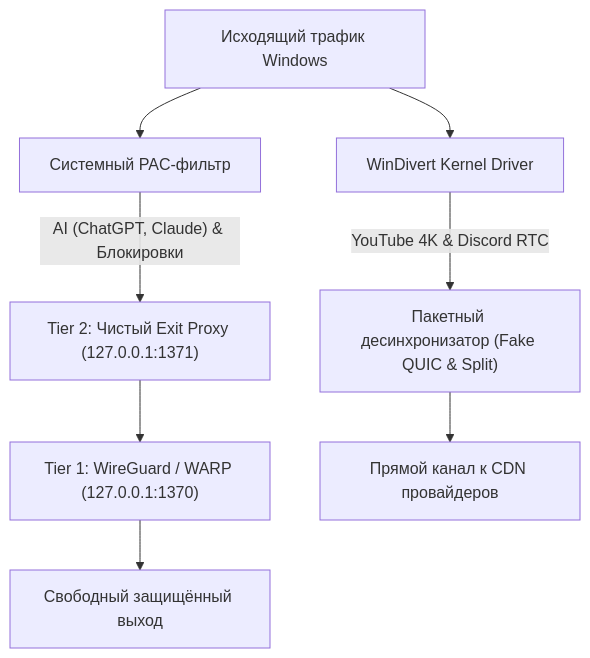
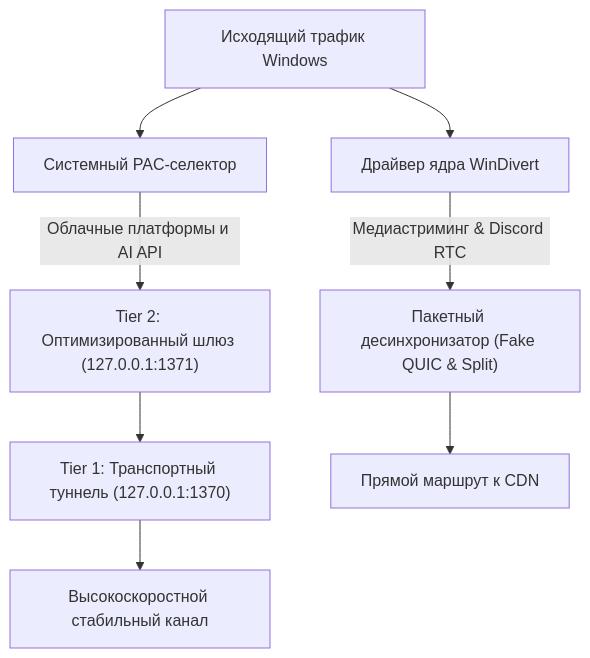
One commit to 0xunbound/SpectraGlide changed the diagram in README.md. Above: the diagram before and after it, drawn with Mermaid. The commit also changed other lines of this file, not shown here.

````diff
--- a/README.md
+++ b/README.md
@@ -73,12 +64,12 @@
 ```mermaid
 flowchart TD
-    Traffic["Исходящий трафик Windows"] --> PAC["Системный PAC-фильтр"]
-    Traffic --> Kernel["WinDivert Kernel Driver"]
+    Traffic["Исходящий трафик Windows"] --> PAC["Системный PAC-селектор"]
+    Traffic --> Kernel["Драйвер ядра WinDivert"]
 
-    PAC -- "AI (ChatGPT, Claude) & Блокировки" --> Tier2["Tier 2: Чистый Exit Proxy (127.0.0.1:1371)"]
-    Tier2 --> Tier1["Tier 1: WireGuard / WARP (127.0.0.1:1370)"]
-    Tier1 --> Internet["Свободный защищённый выход"]
+    PAC -- "Облачные платформы и AI API" --> Tier2["Tier 2: Оптимизированный шлюз (127.0.0.1:1371)"]
+    Tier2 --> Tier1["Tier 1: Транспортный туннель (127.0.0.1:1370)"]
+    Tier1 --> Internet["Высокоскоростной стабильный канал"]
 
-    Kernel -- "YouTube 4K & Discord RTC" --> Desync["Пакетный десинхронизатор (Fake QUIC & Split)"]
-    Desync --> Direct["Прямой канал к CDN провайдеров"]
+    Kernel -- "Медиастриминг & Discord RTC" --> Desync["Пакетный десинхронизатор (Fake QUIC & Split)"]
+    Desync --> Direct["Прямой маршрут к CDN"]
 ```
````
